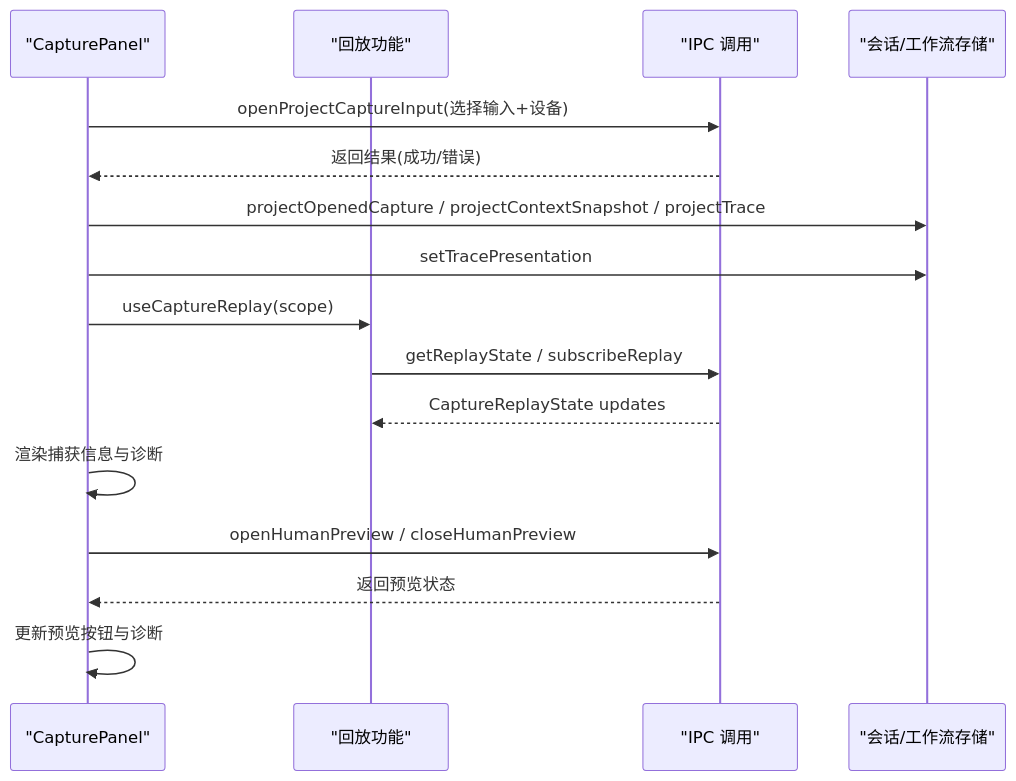
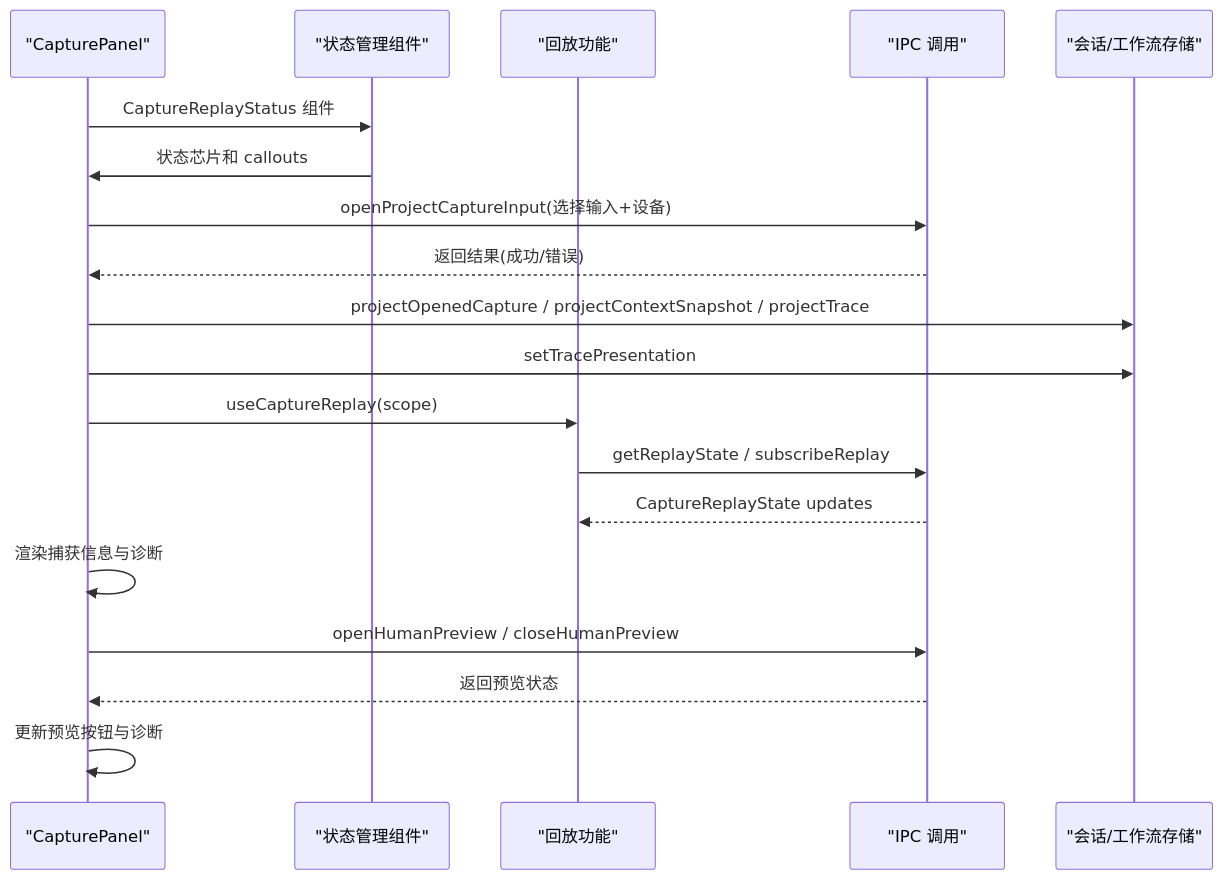
One commit to haolange/RDC-Agent changed the seventh of 14 diagrams in .qoder/repowiki/zh/content/用户界面/右侧面板.md. Above: the diagram before and after it, drawn with Mermaid. The commit also changed other lines of this file and 208 other files, not shown here.

````diff
--- a/.qoder/repowiki/zh/content/用户界面/右侧面板.md
+++ b/.qoder/repowiki/zh/content/用户界面/右侧面板.md
@@ -286,18 +301,21 @@
 ```mermaid
 sequenceDiagram
 participant UI as "CapturePanel"
+participant Status as "状态管理组件"
 participant Replay as "回放功能"
 participant IPC as "IPC 调用"
 participant Store as "会话/工作流存储"
+UI->>Status : CaptureReplayStatus 组件
+Status->>UI : 状态芯片和 callouts
 UI->>IPC : openProjectCaptureInput(选择输入+设备)
 IPC-->>UI : 返回结果(成功/错误)
 UI->>Store : projectOpenedCapture / projectContextSnapshot / projectTrace
 UI->>Store : setTracePresentation
 UI->>Replay : useCaptureReplay(scope)
 Replay->>IPC : getReplayState / subscribeReplay
 IPC-->>Replay : CaptureReplayState updates
 UI->>UI : 渲染捕获信息与诊断
 UI->>IPC : openHumanPreview / closeHumanPreview
 IPC-->>UI : 返回预览状态
 UI->>UI : 更新预览按钮与诊断
 ```
````
